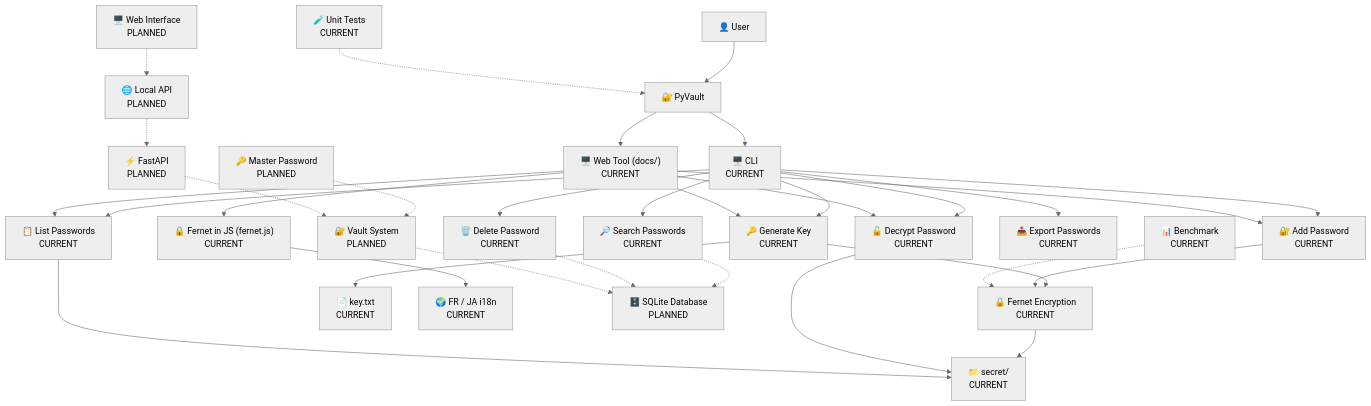
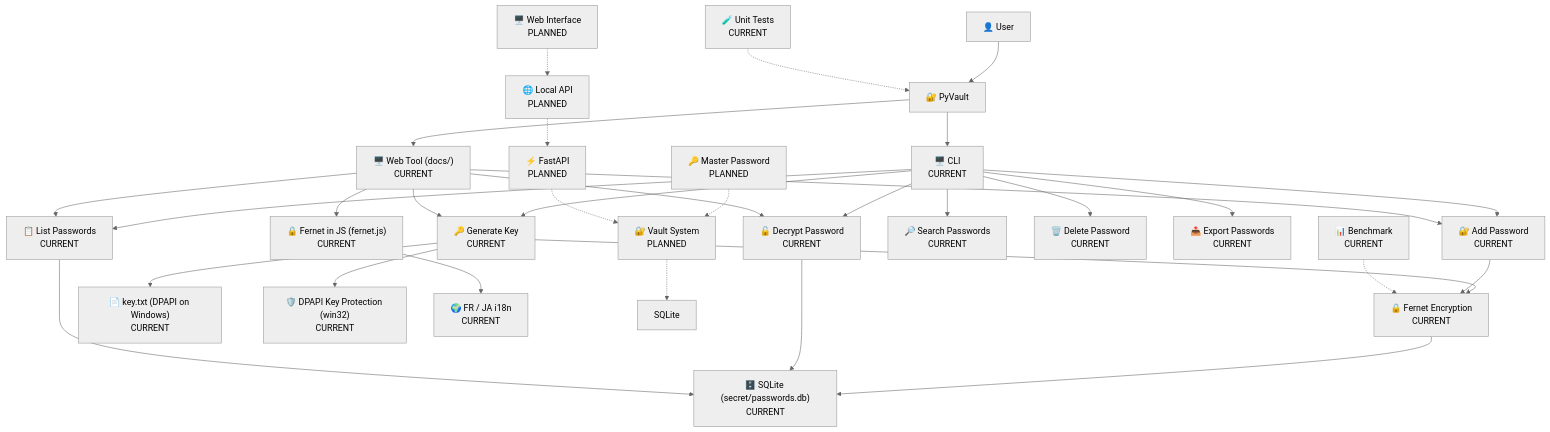
Before and after one commit to KirobotDev/PyVault: the diagram in README.md, drawn with Mermaid (neutral theme). The commit also changed other lines of this file and 1 other file, not shown here.

```diff
--- a/README.md
+++ b/README.md
@@ -89,9 +89,11 @@
 
     JsFernet["🔒 Fernet in JS (fernet.js)<br/>CURRENT"]
 
-    KeyFile["📄 key.txt<br/>CURRENT"]
+    KeyFile["📄 key.txt (DPAPI on Windows)<br/>CURRENT"]
 
-    SecretFolder["📁 secret/<br/>CURRENT"]
+    Database["🗄️ SQLite (secret/passwords.db)<br/>CURRENT"]
+
+    DPAPI["🛡️ DPAPI Key Protection (win32)<br/>CURRENT"]
 
     Search["🔎 Search Passwords<br/>CURRENT"]
 
@@ -108,8 +110,6 @@
     MasterPassword["🔑 Master Password<br/>PLANNED"]
 
     Vault["🔐 Vault System<br/>PLANNED"]
-
-    SQLite["🗄️ SQLite Database<br/>PLANNED"]
 
     API["🌐 Local API<br/>PLANNED"]
 
@@ -129,12 +129,13 @@
 
     GenerateKey --> Fernet
     GenerateKey --> KeyFile
+    GenerateKey --> DPAPI
 
     AddPassword --> Fernet
-    Fernet --> SecretFolder
+    Fernet --> Database
 
-    DecryptPassword --> SecretFolder
-    ListPasswords --> SecretFolder
+    DecryptPassword --> Database
+    ListPasswords --> Database
 
     CLI --> Search
     CLI --> Delete
@@ -148,9 +149,6 @@
     WebTool --> JsFernet
     JsFernet --> I18n
 
-    Search -.-> SQLite
-    Delete -.-> SQLite
-
     MasterPassword -.-> Vault
     Vault -.-> SQLite
 
```
